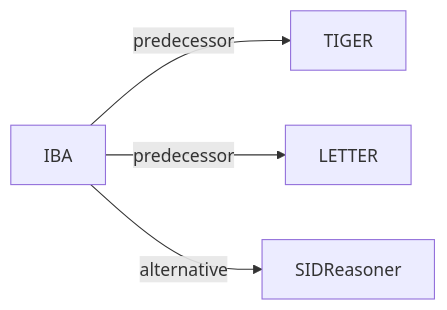
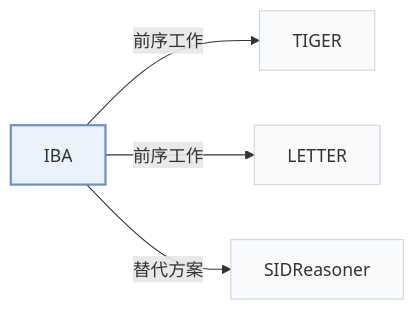
Before and after one commit to Galaxy-ghost/Awesome-SID-Generative-Rec: the second of 2 diagrams in pages/zh/papers/iba.md, drawn with Mermaid. The commit also changed other lines of this file and 649 other files, not shown here.

Commit message:
writer-05: also tags and modality index (schema, check, build, visuals); summary field removed; calibration data for 12 papers

````diff
--- a/pages/zh/papers/iba.md
+++ b/pages/zh/papers/iba.md
@@ -68,7 +74,11 @@
 ```mermaid
 flowchart LR
     P["IBA"]
-    P -->|predecessor| A["TIGER"]
-    P -->|predecessor| B["LETTER"]
-    P -->|alternative| C["SIDReasoner"]
+    P -->|"前序工作"| A["TIGER"]
+    P -->|"前序工作"| B["LETTER"]
+    P -->|"替代方案"| C["SIDReasoner"]
+    classDef main fill:#eaf2fb,stroke:#6b8fc7,stroke-width:2px
+    classDef peer fill:#f8fafc,stroke:#cbd5e1
+    class P main
+    class A,B,C peer
 ```
````
